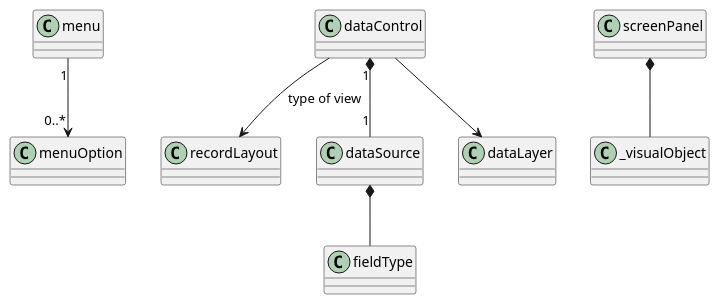
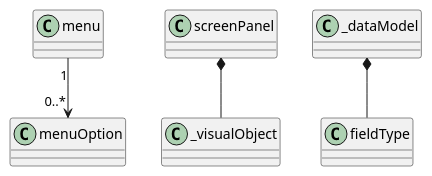
Before and after one commit to egrpy/UUMF: diagram 13 of 13 in uumf_classes.puml, drawn with PlantUML. The commit also changed other lines of this file, not shown here.

```diff
--- a/uumf_classes.puml
+++ b/uumf_classes.puml
@@ -104,8 +126,5 @@
 @startuml (id=relationships)
   menu "1" --> "0..*" menuOption
-  dataControl --> recordLayout :type of view
-  dataControl "1" *-- "1" dataSource
-  dataControl --> dataLayer
   screenPanel *-- _visualObject
-  dataSource *-- fieldType
+  _dataModel *-- fieldType
 @enduml
```
